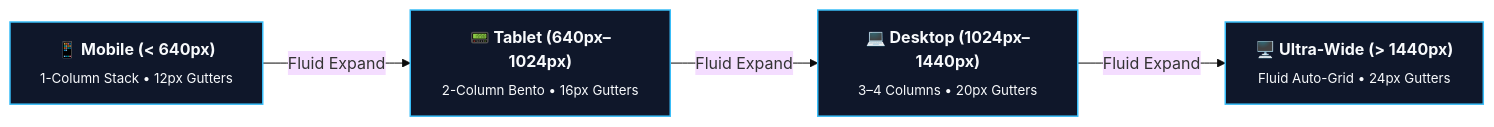
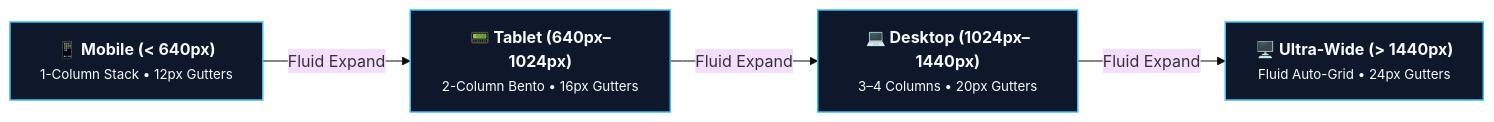
The diagram in SDD-TDD-Chandan-Adhikary/Spec-Driven-Development/docs/design.md (rmsofficialsyt/Agentic-AI-Vibe-Coding-AND-SDD-TDD-Codebase-Chandan-Adhikary), drawn with Mermaid (base theme) before and after one commit. The commit also changed 27 other files, not shown here.

Commit message:
docs: resolve text overlap and scattering across all diagrams via semantic typography and layout contracts

````diff
--- a/SDD-TDD-Chandan-Adhikary/Spec-Driven-Development/docs/design.md
+++ b/SDD-TDD-Chandan-Adhikary/Spec-Driven-Development/docs/design.md
@@ -65,13 +65,13 @@
 ```mermaid
 flowchart LR
     classDef bp fill:#0f172a,stroke:#38bdf8,stroke-width:1.5px,color:#f8fafc;
 
-    Mobile["<b>📱 Mobile (&lt; 640px)</b><br/><sub>1-Column Stack • 12px Gutters</sub>"]:::bp
-    Tablet["<b>📟 Tablet (640px–1024px)</b><br/><sub>2-Column Bento • 16px Gutters</sub>"]:::bp
-    Desktop["<b>💻 Desktop (1024px–1440px)</b><br/><sub>3–4 Columns • 20px Gutters</sub>"]:::bp
-    Ultrawide["<b>🖥️ Ultra-Wide (&gt; 1440px)</b><br/><sub>Fluid Auto-Grid • 24px Gutters</sub>"]:::bp
+    Mobile["<b>📱 Mobile (&lt; 640px)</b><br/><small>1-Column Stack • 12px Gutters</small>"]:::bp
+    Tablet["<b>📟 Tablet (640px–1024px)</b><br/><small>2-Column Bento • 16px Gutters</small>"]:::bp
+    Desktop["<b>💻 Desktop (1024px–1440px)</b><br/><small>3–4 Columns • 20px Gutters</small>"]:::bp
+    Ultrawide["<b>🖥️ Ultra-Wide (&gt; 1440px)</b><br/><small>Fluid Auto-Grid • 24px Gutters</small>"]:::bp
 
     Mobile -->|"Fluid Expand"| Tablet
     Tablet -->|"Fluid Expand"| Desktop
     Desktop -->|"Fluid Expand"| Ultrawide
 ```
````
